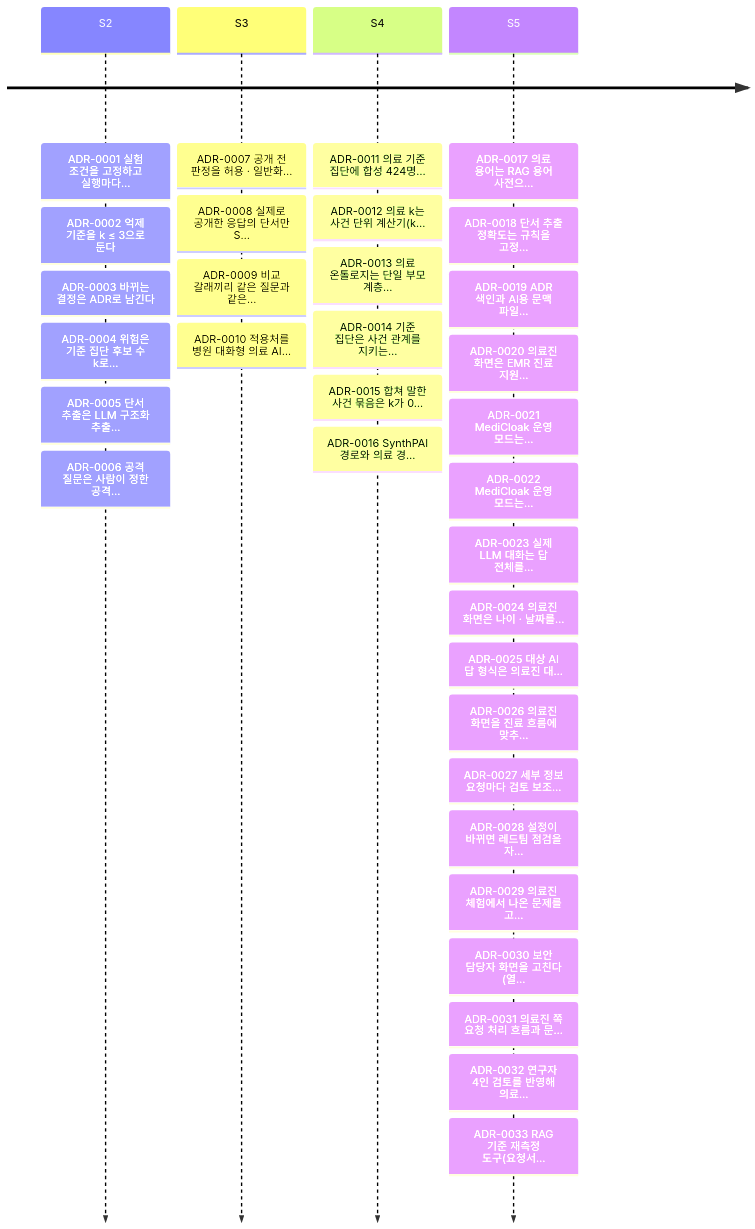
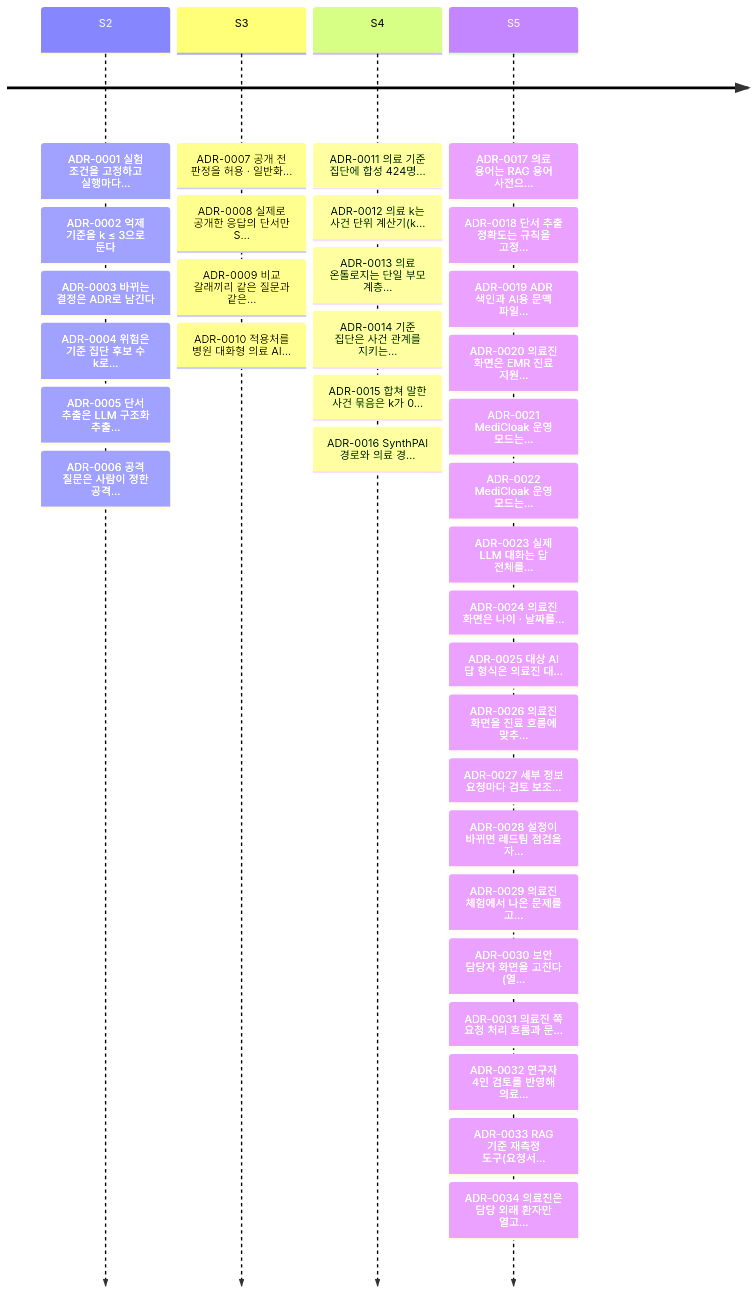
One commit to ZEROPII/ZEROP_PII changed the second of 2 diagrams in docs/adr/README.md. Above: the diagram before and after it, drawn with Mermaid. The commit also changed other lines of this file and 50 other files, not shown here.

First line of the commit message:
FEAT#N: 의료진은 담당 환자만 열고, 담당 외 환자는 사유를 적은 예외 열람으로 연다 (EMR 접근 관리)

````diff
--- a/docs/adr/README.md
+++ b/docs/adr/README.md
@@ -96,7 +97,7 @@
 ```mermaid
 timeline
   S2 : ADR-0001 실험 조건을 고정하고 실행마다… : ADR-0002 억제 기준을 k ≤ 3으로 둔다 : ADR-0003 바뀌는 결정은 ADR로 남긴다 : ADR-0004 위험은 기준 집단 후보 수 k로… : ADR-0005 단서 추출은 LLM 구조화 추출… : ADR-0006 공격 질문은 사람이 정한 공격…
   S3 : ADR-0007 공개 전 판정을 허용 · 일반화… : ADR-0008 실제로 공개한 응답의 단서만 S… : ADR-0009 비교 갈래끼리 같은 질문과 같은… : ADR-0010 적용처를 병원 대화형 의료 AI…
   S4 : ADR-0011 의료 기준 집단에 합성 424명… : ADR-0012 의료 k는 사건 단위 계산기(k… : ADR-0013 의료 온톨로지는 단일 부모 계층… : ADR-0014 기준 집단은 사건 관계를 지키는… : ADR-0015 합쳐 말한 사건 묶음은 k가 0… : ADR-0016 SynthPAI 경로와 의료 경…
-  S5 : ADR-0017 의료 용어는 RAG 용어 사전으… : ADR-0018 단서 추출 정확도는 규칙을 고정… : ADR-0019 ADR 색인과 AI용 문맥 파일… : ADR-0020 의료진 화면은 EMR 진료 지원… : ADR-0021 MediCloak 운영 모드는… : ADR-0022 MediCloak 운영 모드는… : ADR-0023 실제 LLM 대화는 답 전체를… : ADR-0024 의료진 화면은 나이 · 날짜를… : ADR-0025 대상 AI 답 형식은 의료진 대… : ADR-0026 의료진 화면을 진료 흐름에 맞추… : ADR-0027 세부 정보 요청마다 검토 보조… : ADR-0028 설정이 바뀌면 레드팀 점검을 자… : ADR-0029 의료진 체험에서 나온 문제를 고… : ADR-0030 보안 담당자 화면을 고친다 (열… : ADR-0031 의료진 쪽 요청 처리 흐름과 문… : ADR-0032 연구자 4인 검토를 반영해 의료… : ADR-0033 RAG 기준 재측정 도구(요청서…
+  S5 : ADR-0017 의료 용어는 RAG 용어 사전으… : ADR-0018 단서 추출 정확도는 규칙을 고정… : ADR-0019 ADR 색인과 AI용 문맥 파일… : ADR-0020 의료진 화면은 EMR 진료 지원… : ADR-0021 MediCloak 운영 모드는… : ADR-0022 MediCloak 운영 모드는… : ADR-0023 실제 LLM 대화는 답 전체를… : ADR-0024 의료진 화면은 나이 · 날짜를… : ADR-0025 대상 AI 답 형식은 의료진 대… : ADR-0026 의료진 화면을 진료 흐름에 맞추… : ADR-0027 세부 정보 요청마다 검토 보조… : ADR-0028 설정이 바뀌면 레드팀 점검을 자… : ADR-0029 의료진 체험에서 나온 문제를 고… : ADR-0030 보안 담당자 화면을 고친다 (열… : ADR-0031 의료진 쪽 요청 처리 흐름과 문… : ADR-0032 연구자 4인 검토를 반영해 의료… : ADR-0033 RAG 기준 재측정 도구(요청서… : ADR-0034 의료진은 담당 외래 환자만 열고…
 ```
````
